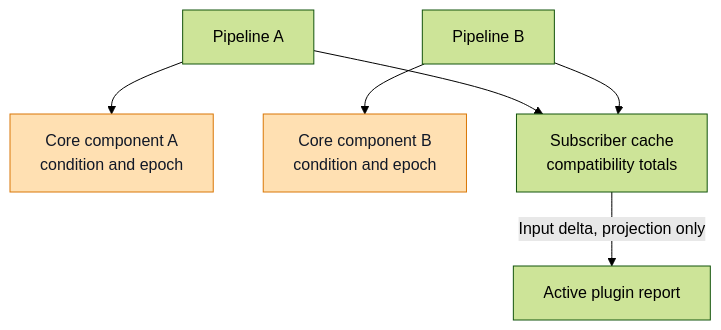
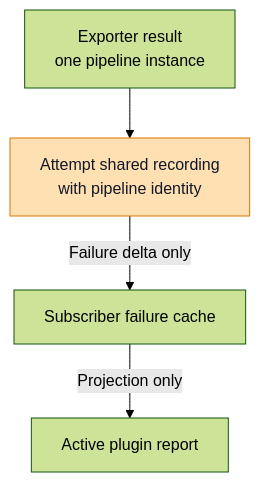
The third of 4 diagrams in docs/contribute/diagnostics-phase-one.md (NVIDIA/NeMo-Relay), drawn with Mermaid (forest theme) before and after one commit. The commit also changed other lines of this file and 20 other files, not shown here.

````diff
--- a/docs/contribute/diagnostics-phase-one.md
+++ b/docs/contribute/diagnostics-phase-one.md
@@ -357,11 +383,9 @@
 ```mermaid
 flowchart TB
-    A["Pipeline A"] --> CA["Core component A<br/>condition and epoch"]
-    B["Pipeline B"] --> CB["Core component B<br/>condition and epoch"]
-    A --> Legacy["Subscriber cache<br/>compatibility totals"]
-    B --> Legacy
-    Legacy -->|Input delta, projection only| Plugin["Active plugin report"]
+    Result["Exporter result<br/>one pipeline instance"] --> Core["Attempt shared recording<br/>with pipeline identity"]
+    Core -->|Failure delta only| Legacy["Subscriber failure cache"]
+    Legacy -->|Projection only| Plugin["Active plugin report"]
 
     classDef shared fill:#FFE0B2,stroke:#D97706,color:#111827;
-    class CA,CB shared;
+    class Core shared;
 ```
````
